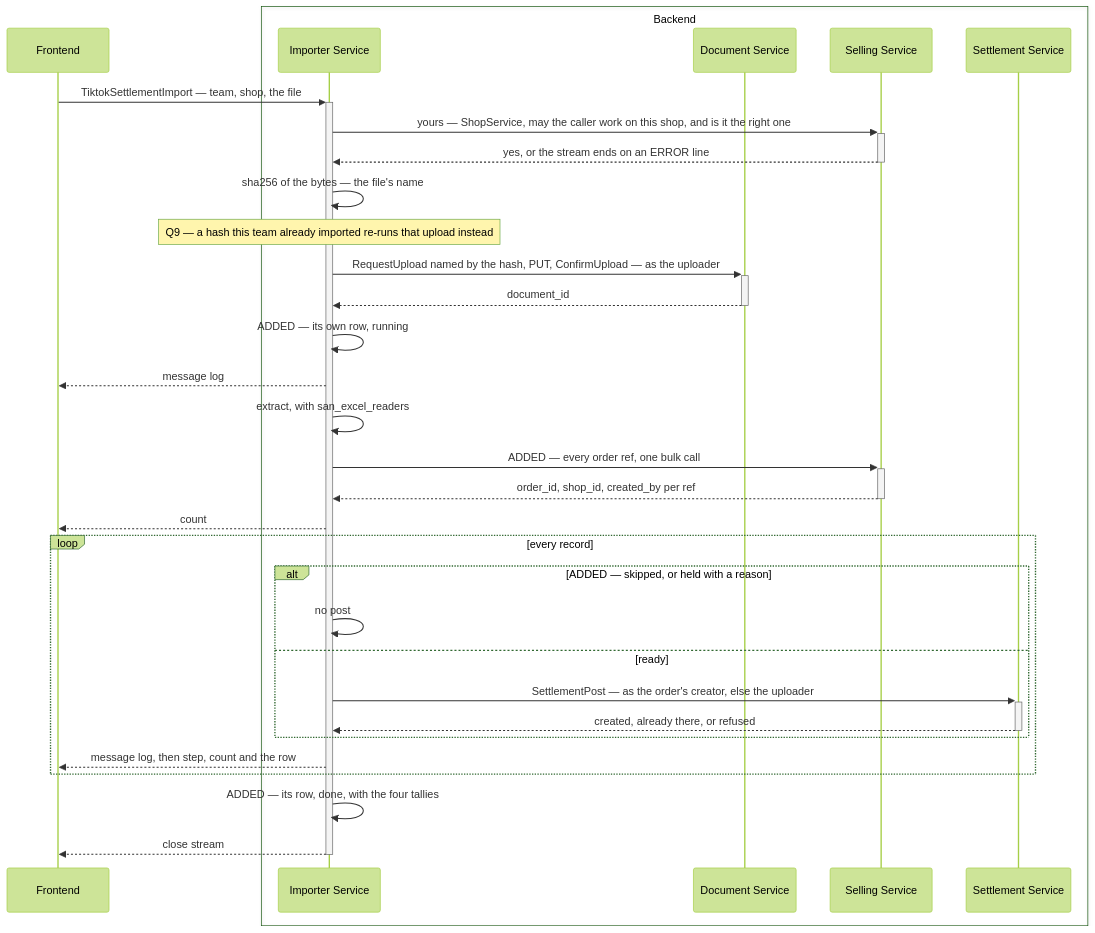
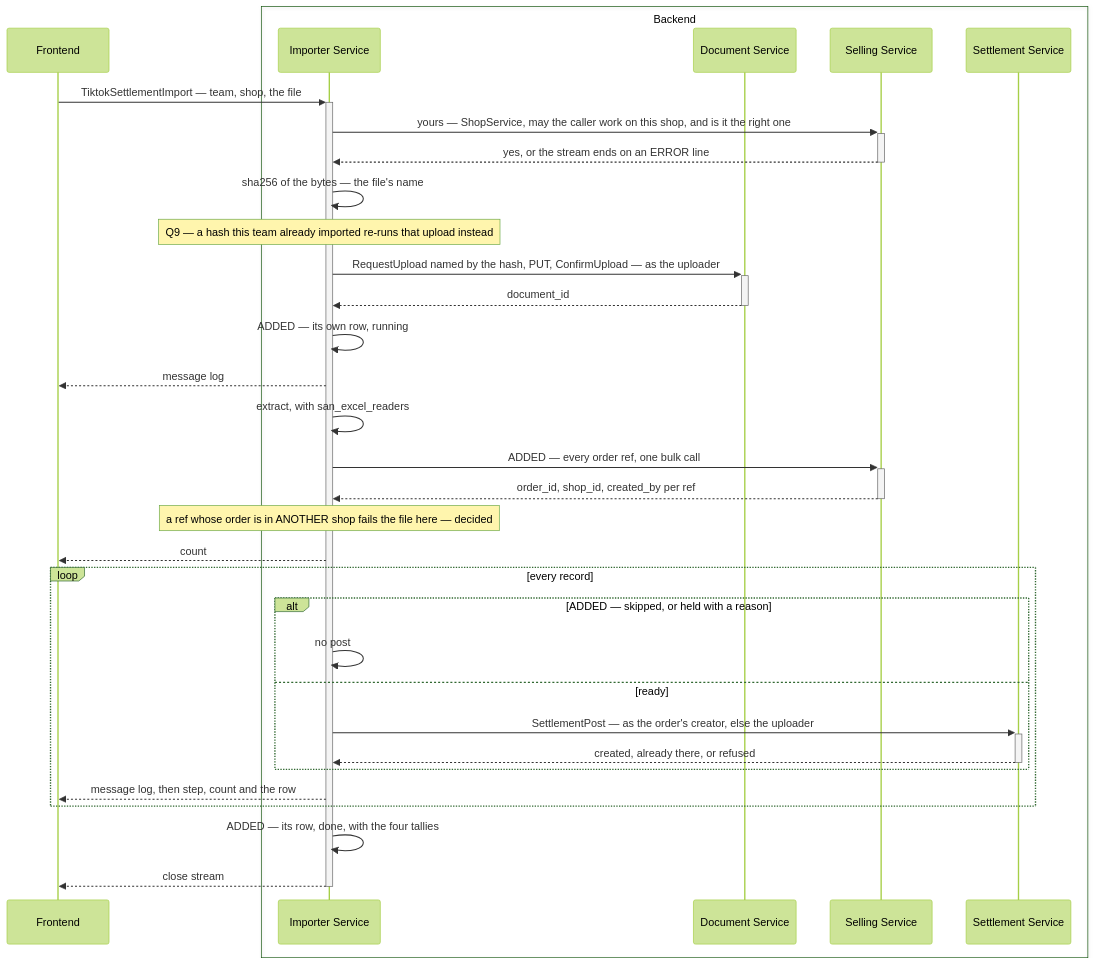
One commit to pdcgo/warehouse_revamp changed the third of 9 diagrams in docs/business/settlement/settlement_importer_clarify.md. Above: the diagram before and after it, drawn with Mermaid (forest theme). The commit also changed other lines of this file and 3 other files, not shown here.

````diff
--- a/docs/business/settlement/settlement_importer_clarify.md
+++ b/docs/business/settlement/settlement_importer_clarify.md
@@ -109,34 +106,35 @@
 ```mermaid
 sequenceDiagram
     participant fe as Frontend
     box Backend
         participant import as Importer Service
         participant doc as Document Service
         participant sell as Selling Service
         participant settle as Settlement Service
     end
     fe->>+import: TiktokSettlementImport — team, shop, the file
     import->>+sell: yours — ShopService, may the caller work on this shop, and is it the right one
     sell-->>-import: yes, or the stream ends on an ERROR line
     import->>import: sha256 of the bytes — the file's name
     Note over import: Q9 — a hash this team already imported re-runs that upload instead
     import->>+doc: RequestUpload named by the hash, PUT, ConfirmUpload — as the uploader
     doc-->>-import: document_id
     import->>import: ADDED — its own row, running
     import-->>fe: message log
     import->>import: extract, with san_excel_readers
     import->>+sell: ADDED — every order ref, one bulk call
     sell-->>-import: order_id, shop_id, created_by per ref
+    Note over import: a ref whose order is in ANOTHER shop fails the file here — decided
     import-->>fe: count
     loop every record
         alt ADDED — skipped, or held with a reason
             import->>import: no post
         else ready
             import->>+settle: SettlementPost — as the order's creator, else the uploader
             settle-->>-import: created, already there, or refused
         end
         import-->>fe: message log, then step, count and the row
     end
     import->>import: ADDED — its row, done, with the four tallies
     import-->>-fe: close stream
 ```
````
